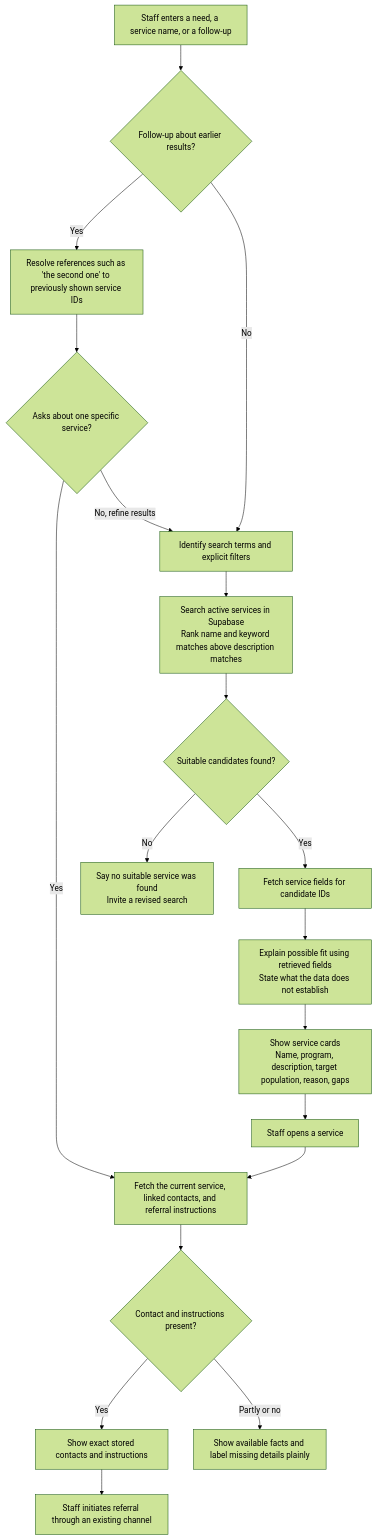
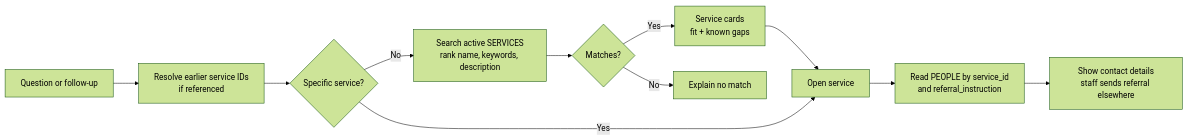
Before and after one commit to rice-apps/montrose-center: the first of 2 diagrams in design/search-and-agent-flow.md, drawn with Mermaid (forest theme). The commit also changed other lines of this file and 1 other file, not shown here.

Commit message:
cleaned up diagram

````diff
--- a/design/search-and-agent-flow.md
+++ b/design/search-and-agent-flow.md
@@ -7,21 +7,13 @@
 ```mermaid
-flowchart TD
-    A["Staff enters a need, a service name, or a follow-up"] --> B{"Follow-up about earlier results?"}
-    B -->|Yes| C["Resolve references such as 'the second one' to previously shown service IDs"]
-    B -->|No| D["Identify search terms and explicit filters"]
-    C --> C2{"Asks about one specific service?"}
-    C2 -->|Yes| L
-    C2 -->|No, refine results| D
-    D --> E["Search active services in Supabase<br/>Rank name and keyword matches above description matches"]
-    E --> F{"Suitable candidates found?"}
-    F -->|No| G["Say no suitable service was found<br/>Invite a revised search"]
-    F -->|Yes| H["Fetch service fields for candidate IDs"]
-    H --> I["Explain possible fit using retrieved fields<br/>State what the data does not establish"]
-    I --> J["Show service cards<br/>Name, program, description, target population, reason, gaps"]
-    J --> K["Staff opens a service"]
-    K --> L["Fetch the current service, linked contacts, and referral instructions"]
-    L --> M{"Contact and instructions present?"}
-    M -->|Yes| N["Show exact stored contacts and instructions"]
-    M -->|Partly or no| O["Show available facts and label missing details plainly"]
-    N --> P["Staff initiates referral through an existing channel"]
+flowchart LR
+    Q["Question or follow-up"] --> Context["Resolve earlier service IDs<br/>if referenced"]
+    Context --> Known{"Specific service?"}
+    Known -->|No| Search["Search active SERVICES<br/>rank name, keywords, description"]
+    Search --> Found{"Matches?"}
+    Found -->|Yes| Cards["Service cards<br/>fit + known gaps"]
+    Found -->|No| Gap["Explain no match"]
+    Cards --> Detail["Open service"]
+    Known -->|Yes| Detail
+    Detail --> Lookup["Read PEOPLE by service_id<br/>and referral_instruction"]
+    Lookup --> Referral["Show contact details<br/>staff sends referral elsewhere"]
 ```
````
